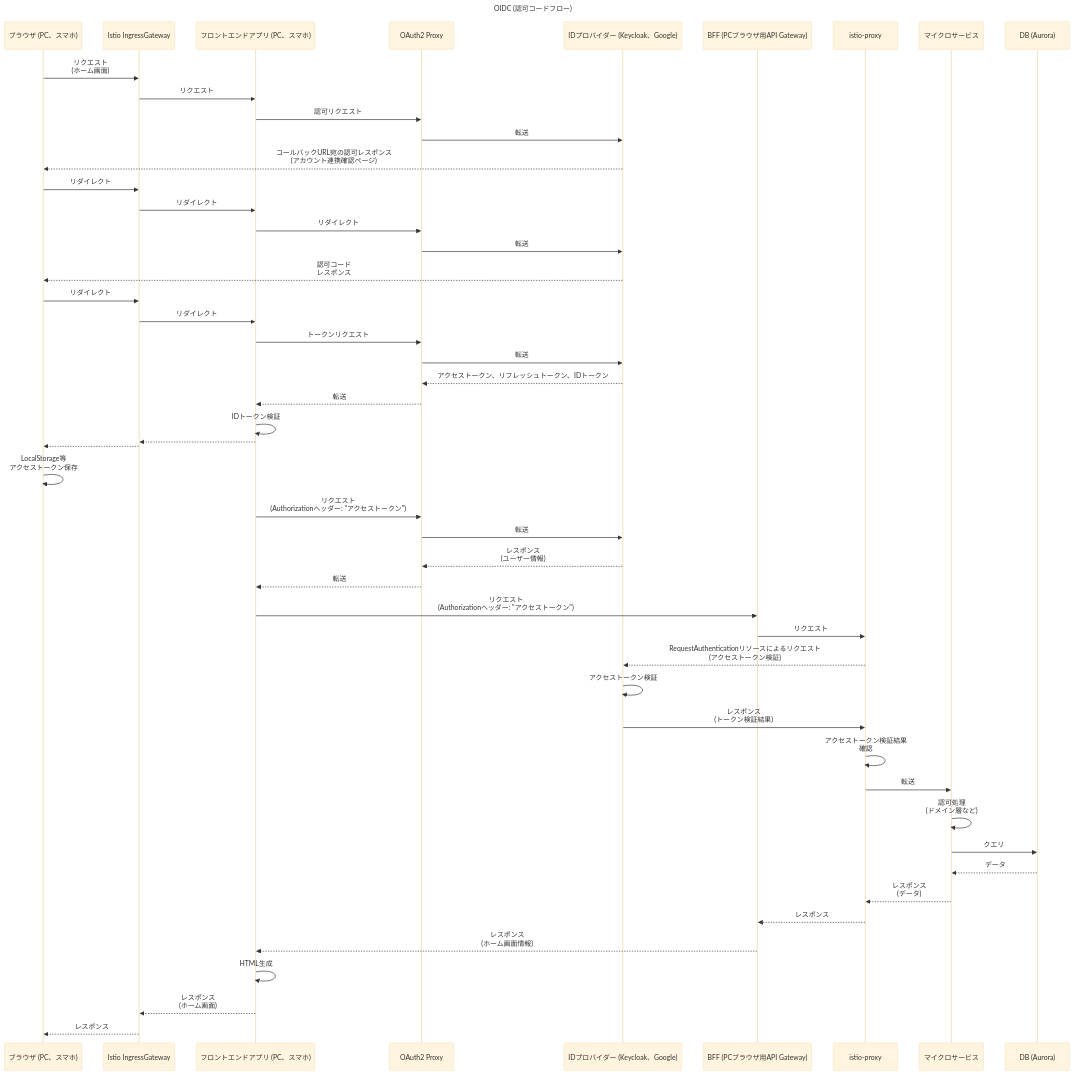
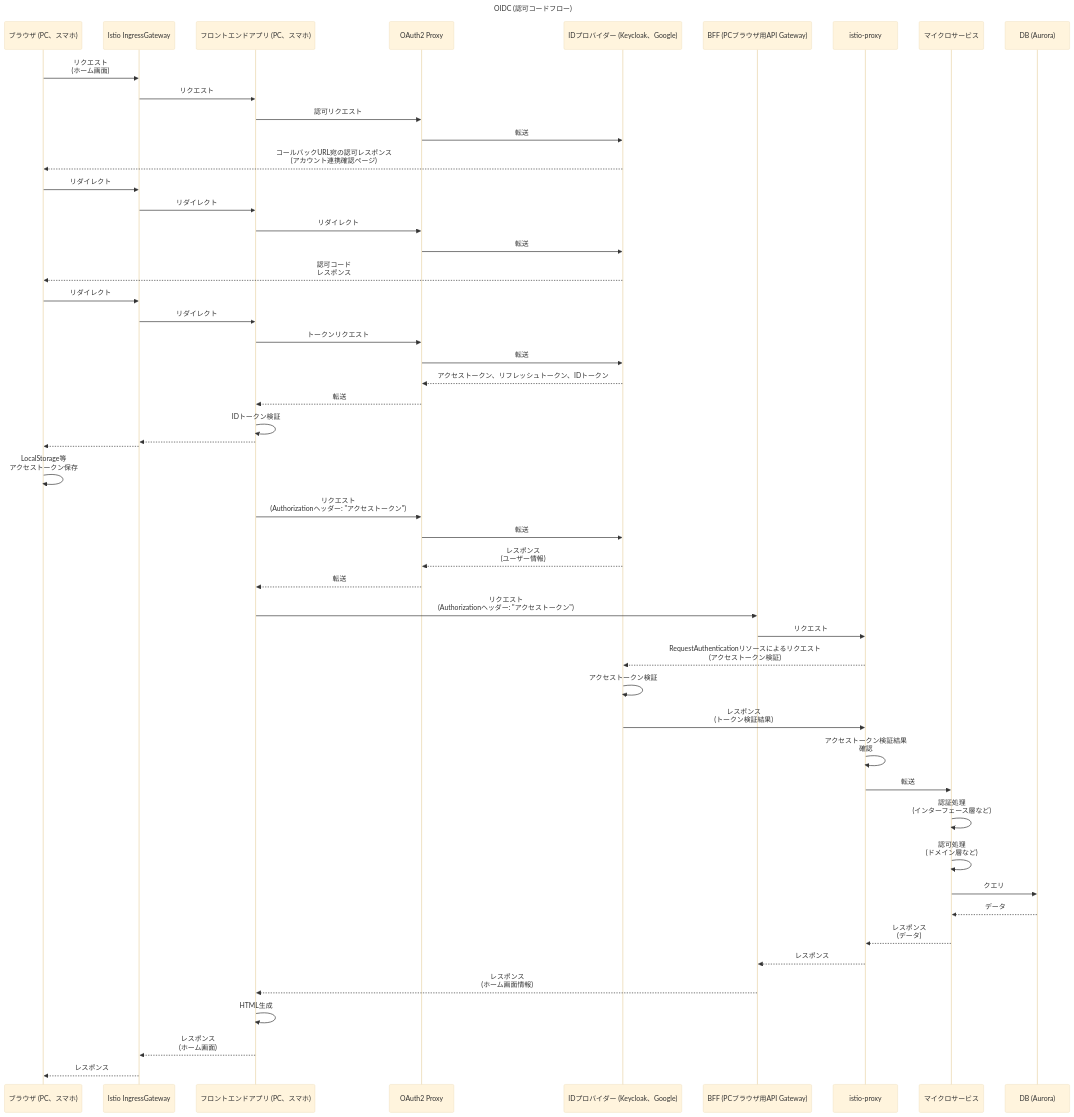
One commit to hiroki-it/hatenablog changed the diagram in dist/draft/【Kubernetes☸️】CNCFとAWSを組み合わせたマイクロサービスアーキテクチャ設計の考察.md. Above: the diagram before and after it, drawn with Mermaid (base theme).

Commit message:
update 記事を更新した。

````diff
--- a/dist/draft/【Kubernetes☸️】CNCFとAWSを組み合わせたマイクロサービスアーキテクチャ設計の考察.md
+++ b/dist/draft/【Kubernetes☸️】CNCFとAWSを組み合わせたマイクロサービスアーキテクチャ設計の考察.md
@@ -130,6 +130,8 @@
 
     istio-proxy ->> マイクロサービス : 転送
 
+    マイクロサービス ->> マイクロサービス : 認証処理<br>(インターフェース層など)
+
     マイクロサービス ->> マイクロサービス : 認可処理<br>(ドメイン層など)
 
     マイクロサービス ->> DB (Aurora): クエリ
@@ -147,5 +149,4 @@
     フロントエンドアプリ (PC、スマホ) -->> Istio IngressGateway: レスポンス<br>(ホーム画面)
 
     Istio IngressGateway -->> ブラウザ (PC、スマホ): レスポンス
-
 ```
````
